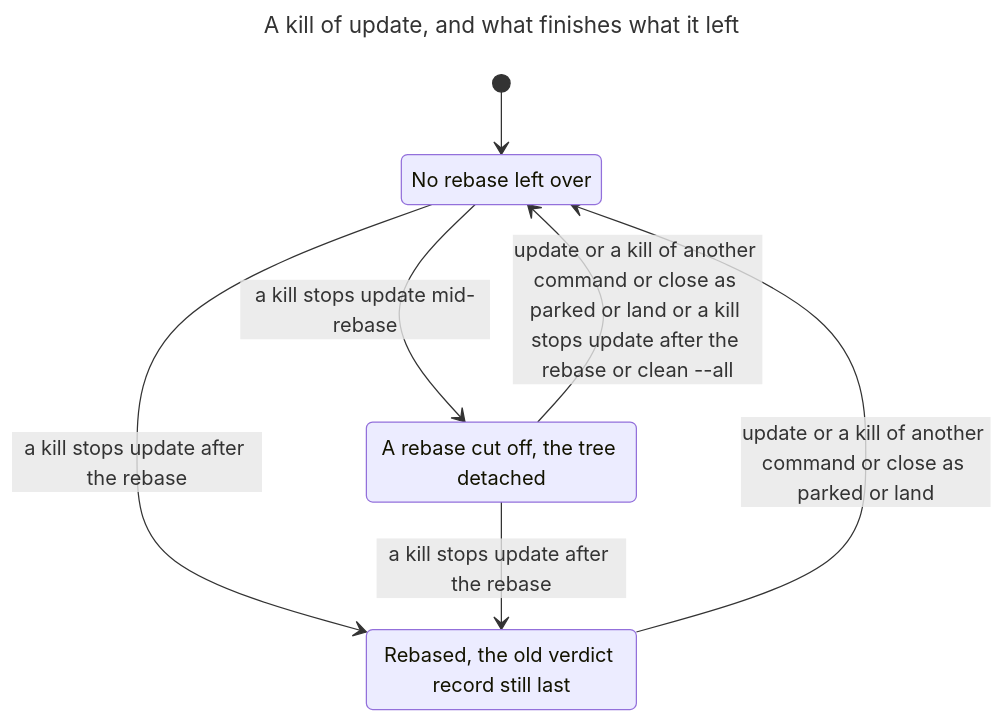
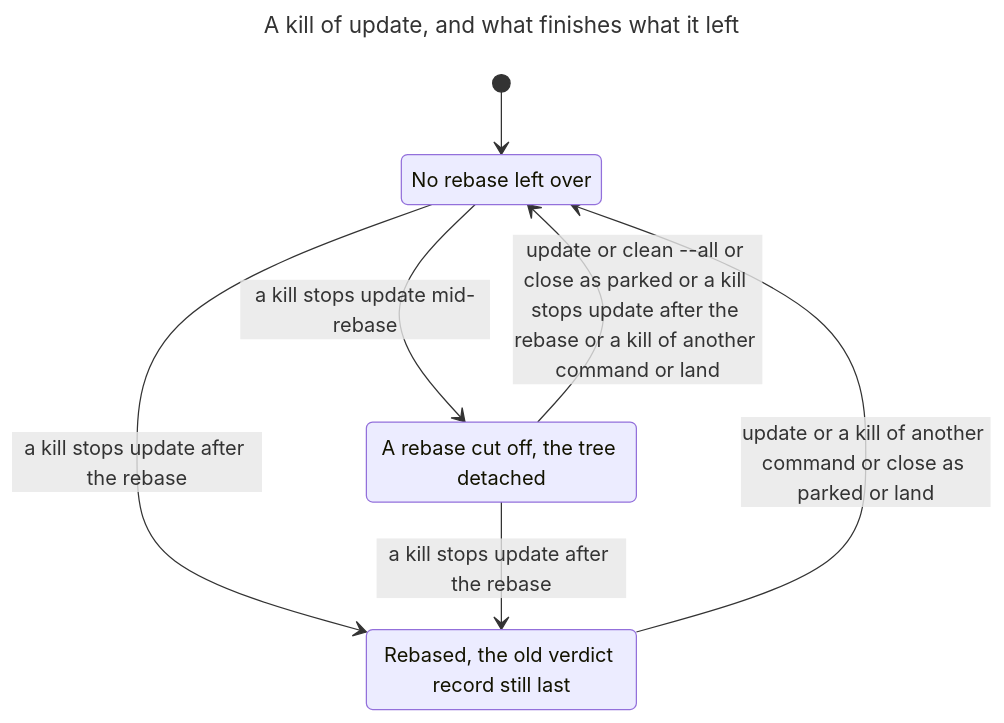
One commit to Simon-GitHub-Code/ratchet changed the fourth of 11 diagrams in docs/model/drain.md. Above: the diagram before and after it, drawn with Mermaid. The commit also changed other lines of this file and 2 other files, not shown here.

````diff
--- a/docs/model/drain.md
+++ b/docs/model/drain.md
@@ -354,15 +375,15 @@
 ```mermaid
 ---
 title: "A kill of update, and what finishes what it left"
 ---
 stateDiagram-v2
   s0: No rebase left over
   s1: A rebase cut off, the tree detached
   s2: Rebased, the old verdict record still last
   [*] --> s0
   s0 --> s1: a kill stops update mid-rebase
-  s1 --> s0: update or a kill of another command or close as parked or land or a kill stops update after the rebase or clean --all
+  s1 --> s0: update or clean --all or close as parked or a kill stops update after the rebase or a kill of another command or land
   s0 --> s2: a kill stops update after the rebase
+  s2 --> s0: update or a kill of another command or close as parked or land
   s1 --> s2: a kill stops update after the rebase
-  s2 --> s0: update or a kill of another command or close as parked or land
 ```
````
